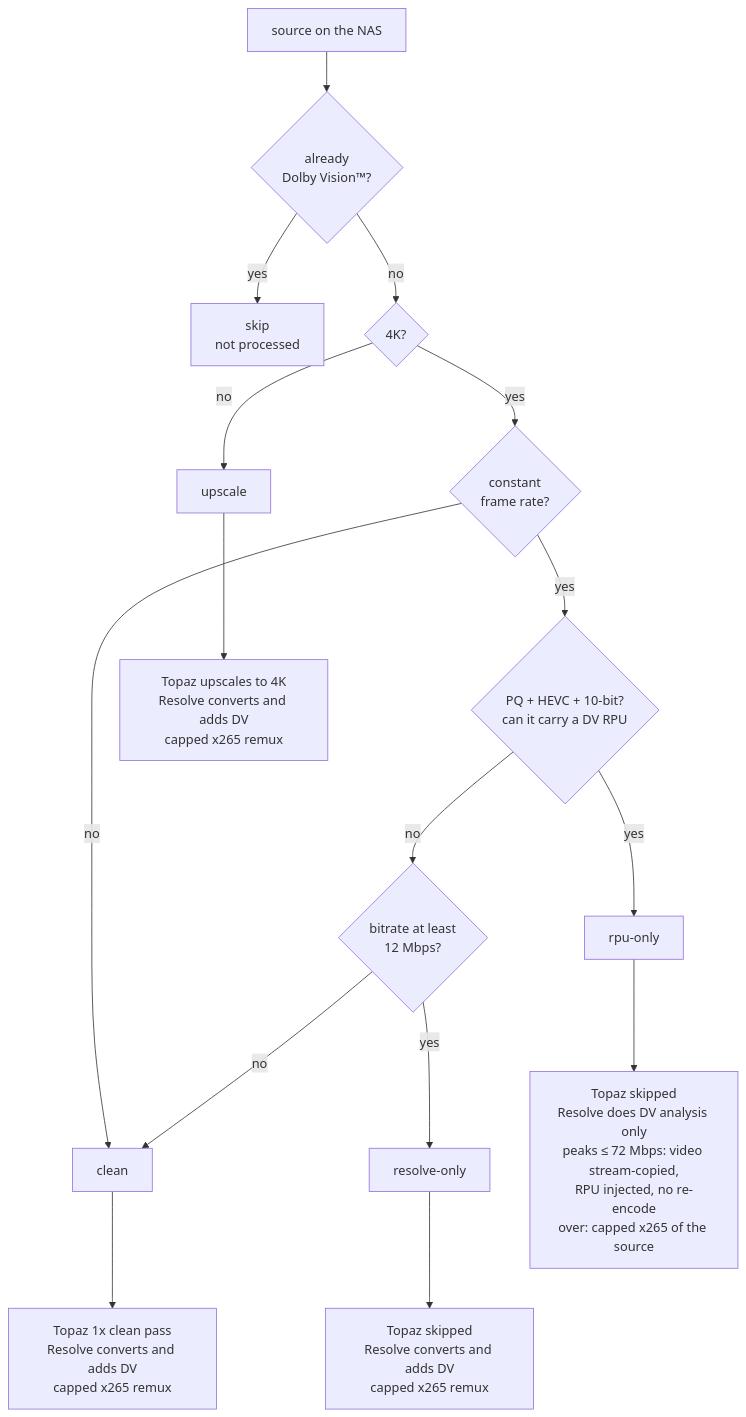
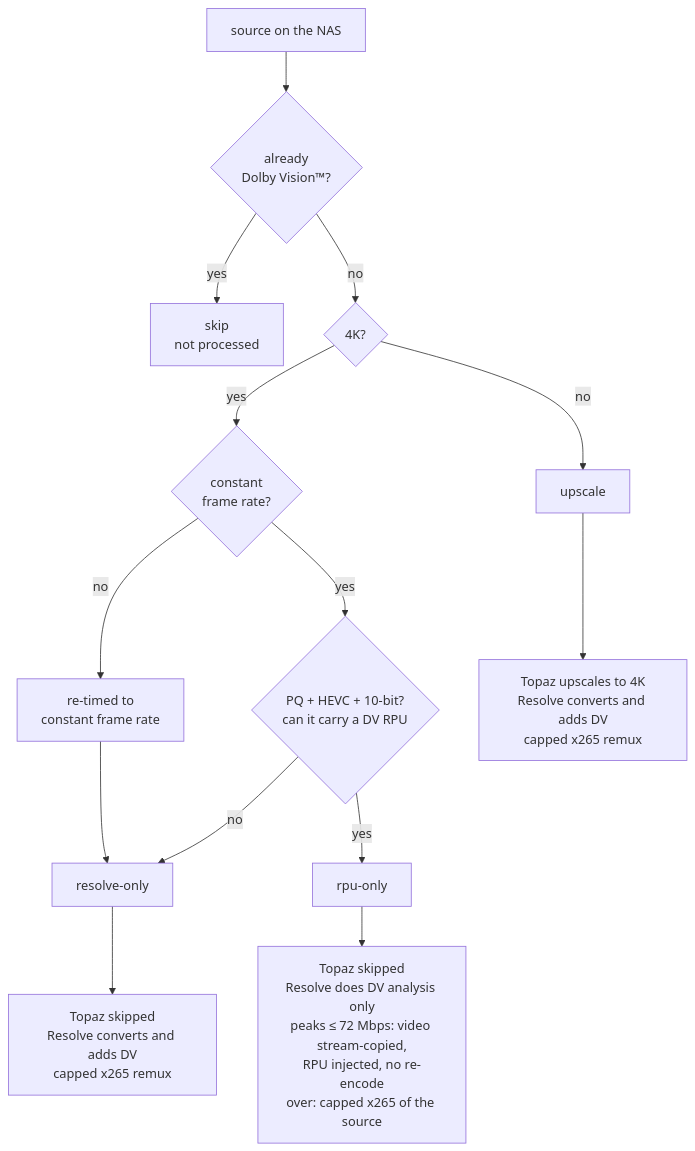
One commit to adamkbritsch/visionary changed the diagram in README.md. Above: the diagram before and after it, drawn with Mermaid. The commit also changed other lines of this file and 13 other files, not shown here.

````diff
--- a/README.md
+++ b/README.md
@@ -283,19 +283,17 @@
 ```mermaid
 flowchart TD
     S["source on the NAS"] --> DV{"already<br/>Dolby Vision™?"}
     DV -->|yes| SKIP["skip<br/>not processed"]
     DV -->|no| FOURK{"4K?"}
     FOURK -->|no| UPS["upscale"]
     FOURK -->|yes| CFR{"constant<br/>frame rate?"}
-    CFR -->|no| CLEAN["clean"]
+    CFR -->|no| RETIME["re-timed to<br/>constant frame rate"]
+    RETIME --> CONV
     CFR -->|yes| RPU{"PQ + HEVC + 10-bit?<br/>can it carry a DV RPU"}
     RPU -->|yes| INJ["rpu-only"]
-    RPU -->|no| BR{"bitrate at least<br/>12 Mbps?"}
-    BR -->|yes| CONV["resolve-only"]
-    BR -->|no| CLEAN
+    RPU -->|no| CONV["resolve-only"]
 
     INJ --> INJ2["Topaz skipped<br/>Resolve does DV analysis only<br/>peaks &le; 72 Mbps: video stream-copied,<br/>RPU injected, no re-encode<br/>over: capped x265 of the source"]
     CONV --> CONV2["Topaz skipped<br/>Resolve converts and adds DV<br/>capped x265 remux"]
-    CLEAN --> CLEAN2["Topaz 1x clean pass<br/>Resolve converts and adds DV<br/>capped x265 remux"]
     UPS --> UPS2["Topaz upscales to 4K<br/>Resolve converts and adds DV<br/>capped x265 remux"]
 ```
````
